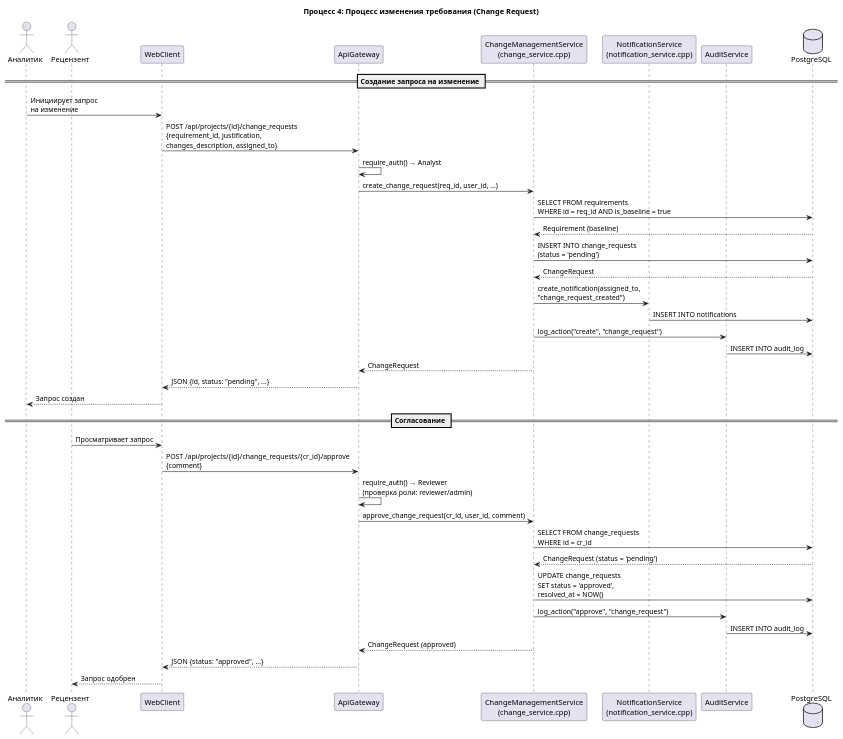
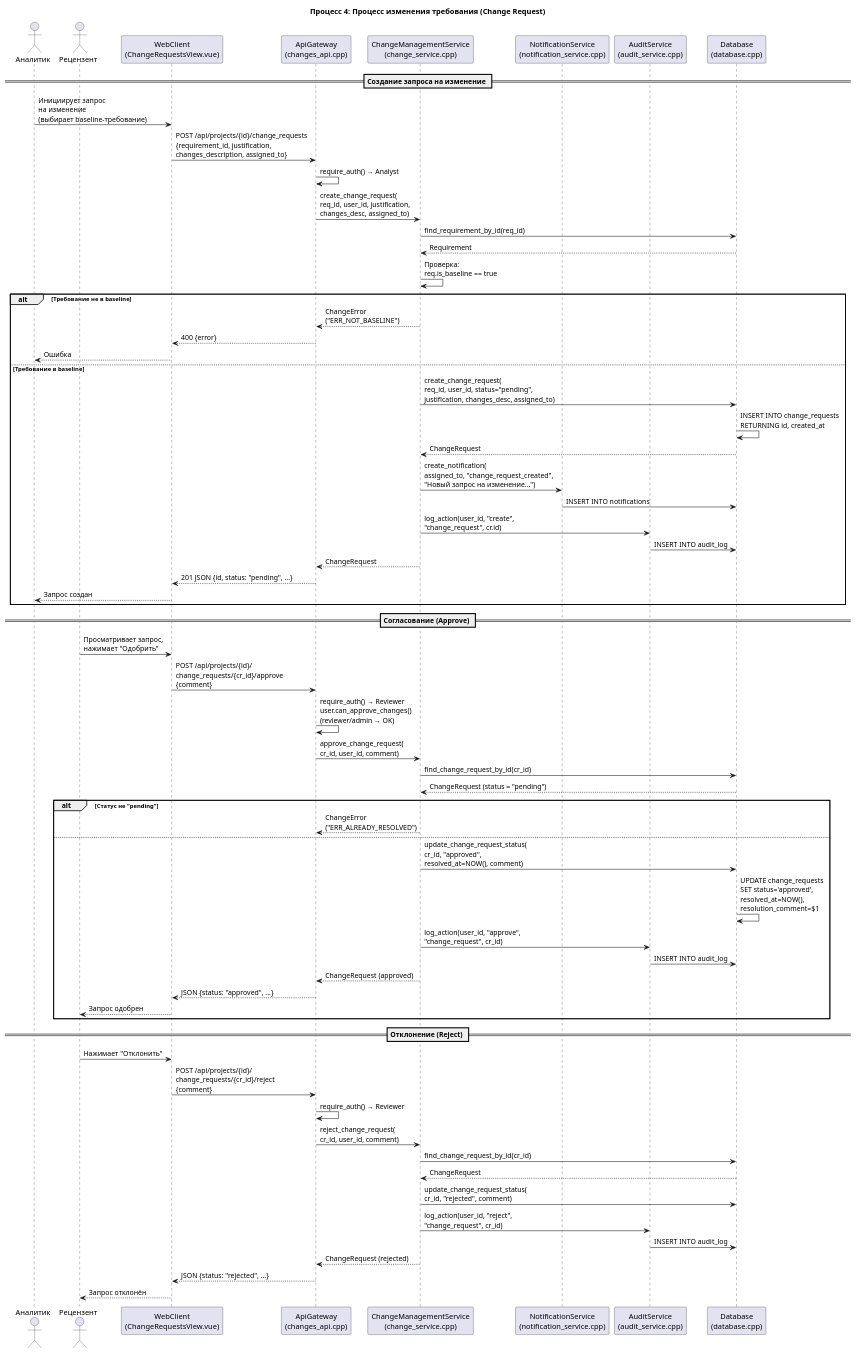
The diagram in docs/sequence_change.puml (Ilya0217/sut), drawn with PlantUML before and after one commit. The commit also changed 9 other files, not shown here.

Commit message:
updated diagrams

```diff
--- a/docs/sequence_change.puml
+++ b/docs/sequence_change.puml
@@ -1,56 +1,90 @@
 @startuml "Процесс 4: Процесс изменения требования"
 
 title Процесс 4: Процесс изменения требования (Change Request)
 
 actor "Аналитик" as Analyst
 actor "Рецензент" as Reviewer
-participant "WebClient" as WC
-participant "ApiGateway" as AG
+participant "WebClient\n(ChangeRequestsView.vue)" as WC
+participant "ApiGateway\n(changes_api.cpp)" as AG
 participant "ChangeManagementService\n(change_service.cpp)" as CMS
 participant "NotificationService\n(notification_service.cpp)" as NS
-participant "AuditService" as AS
-database "PostgreSQL" as DB
+participant "AuditService\n(audit_service.cpp)" as AS
+participant "Database\n(database.cpp)" as DB
 
 == Создание запроса на изменение ==
 
-Analyst -> WC : Инициирует запрос\nна изменение
+Analyst -> WC : Инициирует запрос\nна изменение\n(выбирает baseline-требование)
 WC -> AG : POST /api/projects/{id}/change_requests\n{requirement_id, justification,\nchanges_description, assigned_to}
 AG -> AG : require_auth() → Analyst
 
-AG -> CMS : create_change_request(req_id, user_id, ...)
-CMS -> DB : SELECT FROM requirements\nWHERE id = req_id AND is_baseline = true
-DB --> CMS : Requirement (baseline)
+AG -> CMS : create_change_request(\nreq_id, user_id, justification,\nchanges_desc, assigned_to)
 
-CMS -> DB : INSERT INTO change_requests\n(status = 'pending')
+CMS -> DB : find_requirement_by_id(req_id)
+DB --> CMS : Requirement
+
+CMS -> CMS : Проверка:\nreq.is_baseline == true
+
+alt Требование не в baseline
+    CMS --> AG : ChangeError\n("ERR_NOT_BASELINE")
+    AG --> WC : 400 {error}
+    WC --> Analyst : Ошибка
+else Требование в baseline
+    CMS -> DB : create_change_request(\nreq_id, user_id, status="pending",\njustification, changes_desc, assigned_to)
+    DB -> DB : INSERT INTO change_requests\nRETURNING id, created_at
+    DB --> CMS : ChangeRequest
+
+    CMS -> NS : create_notification(\nassigned_to, "change_request_created",\n"Новый запрос на изменение...")
+    NS -> DB : INSERT INTO notifications
+
+    CMS -> AS : log_action(user_id, "create",\n"change_request", cr.id)
+    AS -> DB : INSERT INTO audit_log
+
+    CMS --> AG : ChangeRequest
+    AG --> WC : 201 JSON {id, status: "pending", ...}
+    WC --> Analyst : Запрос создан
+end
+
+== Согласование (Approve) ==
+
+Reviewer -> WC : Просматривает запрос,\nнажимает "Одобрить"
+WC -> AG : POST /api/projects/{id}/\nchange_requests/{cr_id}/approve\n{comment}
+AG -> AG : require_auth() → Reviewer\nuser.can_approve_changes()\n(reviewer/admin → OK)
+
+AG -> CMS : approve_change_request(\ncr_id, user_id, comment)
+CMS -> DB : find_change_request_by_id(cr_id)
+DB --> CMS : ChangeRequest (status = "pending")
+
+alt Статус не "pending"
+    CMS --> AG : ChangeError\n("ERR_ALREADY_RESOLVED")
+else
+    CMS -> DB : update_change_request_status(\ncr_id, "approved",\nresolved_at=NOW(), comment)
+    DB -> DB : UPDATE change_requests\nSET status='approved',\nresolved_at=NOW(),\nresolution_comment=$1
+
+    CMS -> AS : log_action(user_id, "approve",\n"change_request", cr_id)
+    AS -> DB : INSERT INTO audit_log
+
+    CMS --> AG : ChangeRequest (approved)
+    AG --> WC : JSON {status: "approved", ...}
+    WC --> Reviewer : Запрос одобрен
+end
+
+== Отклонение (Reject) ==
+
+Reviewer -> WC : Нажимает "Отклонить"
+WC -> AG : POST /api/projects/{id}/\nchange_requests/{cr_id}/reject\n{comment}
+AG -> AG : require_auth() → Reviewer
+
+AG -> CMS : reject_change_request(\ncr_id, user_id, comment)
+CMS -> DB : find_change_request_by_id(cr_id)
 DB --> CMS : ChangeRequest
 
-CMS -> NS : create_notification(assigned_to,\n"change_request_created")
-NS -> DB : INSERT INTO notifications
+CMS -> DB : update_change_request_status(\ncr_id, "rejected", comment)
 
-CMS -> AS : log_action("create", "change_request")
+CMS -> AS : log_action(user_id, "reject",\n"change_request", cr_id)
 AS -> DB : INSERT INTO audit_log
 
-CMS --> AG : ChangeRequest
-AG --> WC : JSON {id, status: "pending", ...}
-WC --> Analyst : Запрос создан
-
-== Согласование ==
-
-Reviewer -> WC : Просматривает запрос
-WC -> AG : POST /api/projects/{id}/change_requests/{cr_id}/approve\n{comment}
-AG -> AG : require_auth() → Reviewer\n(проверка роли: reviewer/admin)
-
-AG -> CMS : approve_change_request(cr_id, user_id, comment)
-CMS -> DB : SELECT FROM change_requests\nWHERE id = cr_id
-DB --> CMS : ChangeRequest (status = 'pending')
-
-CMS -> DB : UPDATE change_requests\nSET status = 'approved',\nresolved_at = NOW()
-
-CMS -> AS : log_action("approve", "change_request")
-AS -> DB : INSERT INTO audit_log
-
-CMS --> AG : ChangeRequest (approved)
-AG --> WC : JSON {status: "approved", ...}
-WC --> Reviewer : Запрос одобрен
+CMS --> AG : ChangeRequest (rejected)
+AG --> WC : JSON {status: "rejected", ...}
+WC --> Reviewer : Запрос отклонён
 
 @enduml
```
